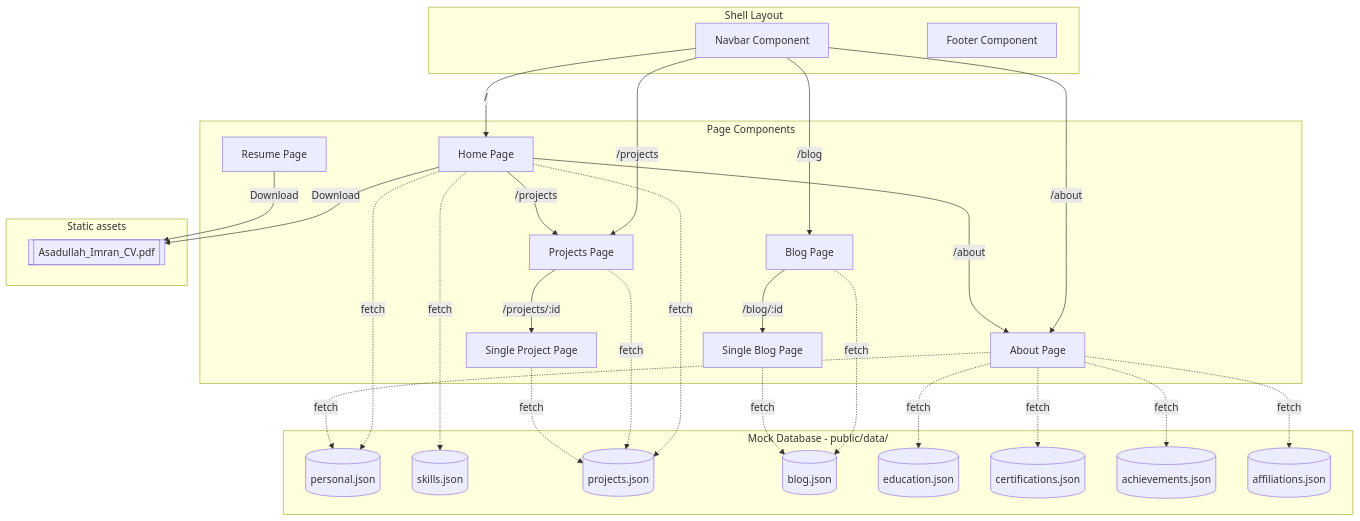
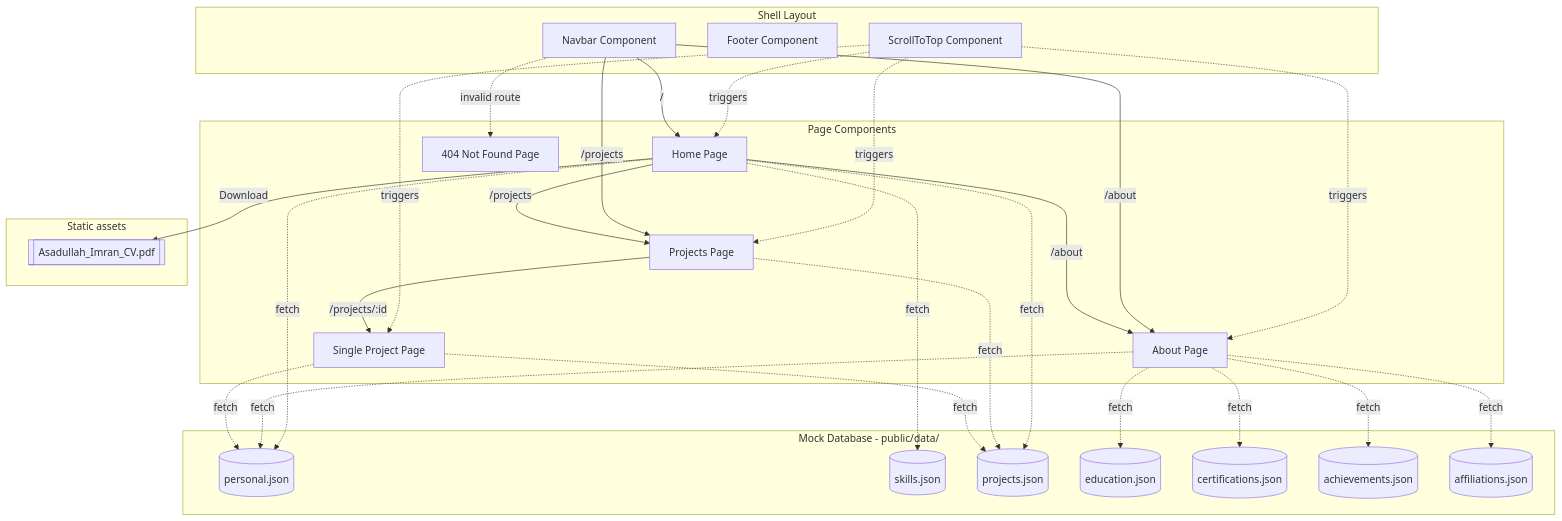
Before and after one commit to Asadullah-Imran/asadullah-imran.github.io: the second of 2 diagrams in portfolio-breakdown.md, drawn with Mermaid. The commit also changed other lines of this file and 9 other files, not shown here.

Commit message:
refactor: remove blog and resume pages to simplify portfolio routing and architecture

````diff
--- a/portfolio-breakdown.md
+++ b/portfolio-breakdown.md
@@ -128,66 +138,68 @@
 ```mermaid
 flowchart TD
     %% Routes & Components
     subgraph Components [Shell Layout]
         Navbar[Navbar Component]
         Footer[Footer Component]
+        ScrollToTop[ScrollToTop Component]
     end
 
     subgraph Pages [Page Components]
         P_Home[Home Page]
         P_About[About Page]
         P_Projects[Projects Page]
         P_SProject[Single Project Page]
-        P_Blog[Blog Page]
-        P_SBlog[Single Blog Page]
-        P_Resume[Resume Page]
+        P_NotFound[404 Not Found Page]
     end
 
     subgraph JSON_Db [Mock Database - public/data/]
         D_Personal[(personal.json)]
         D_Skills[(skills.json)]
         D_Projects[(projects.json)]
-        D_Blog[(blog.json)]
         D_Edu[(education.json)]
         D_Cert[(certifications.json)]
         D_Ach[(achievements.json)]
         D_Aff[(affiliations.json)]
     end
 
     subgraph StaticDocs [Static assets]
         PDF_CV[[Asadullah_Imran_CV.pdf]]
     end
 
+    %% ScrollToTop restoration
+    ScrollToTop -.->|triggers| P_Home
+    ScrollToTop -.->|triggers| P_About
+    ScrollToTop -.->|triggers| P_Projects
+    ScrollToTop -.->|triggers| P_SProject
+
     %% Navbar routing connections
     Navbar -->|/| P_Home
     Navbar -->|/about| P_About
     Navbar -->|/projects| P_Projects
-    Navbar -->|/blog| P_Blog
 
     %% Internal routing transitions
     P_Home -->|/projects| P_Projects
     P_Home -->|/about| P_About
     P_Projects -->|/projects/:id| P_SProject
-    P_Blog -->|/blog/:id| P_SBlog
     
+    %% Wildcard routing
+    Navbar -.->|invalid route| P_NotFound
+
     %% Downloads
     P_Home -->|Download| PDF_CV
-    P_Resume -->|Download| PDF_CV
 
     %% Data Connections
     P_Home -.->|fetch| D_Personal
     P_Home -.->|fetch| D_Projects
     P_Home -.->|fetch| D_Skills
 
     P_About -.->|fetch| D_Personal
     P_About -.->|fetch| D_Edu
     P_About -.->|fetch| D_Aff
     P_About -.->|fetch| D_Ach
     P_About -.->|fetch| D_Cert
 
     P_Projects -.->|fetch| D_Projects
     P_SProject -.->|fetch| D_Projects
-    
-    P_Blog -.->|fetch| D_Blog
-    P_SBlog -.->|fetch| D_Blog
+    P_SProject -.->|fetch| D_Personal
 ```
````
